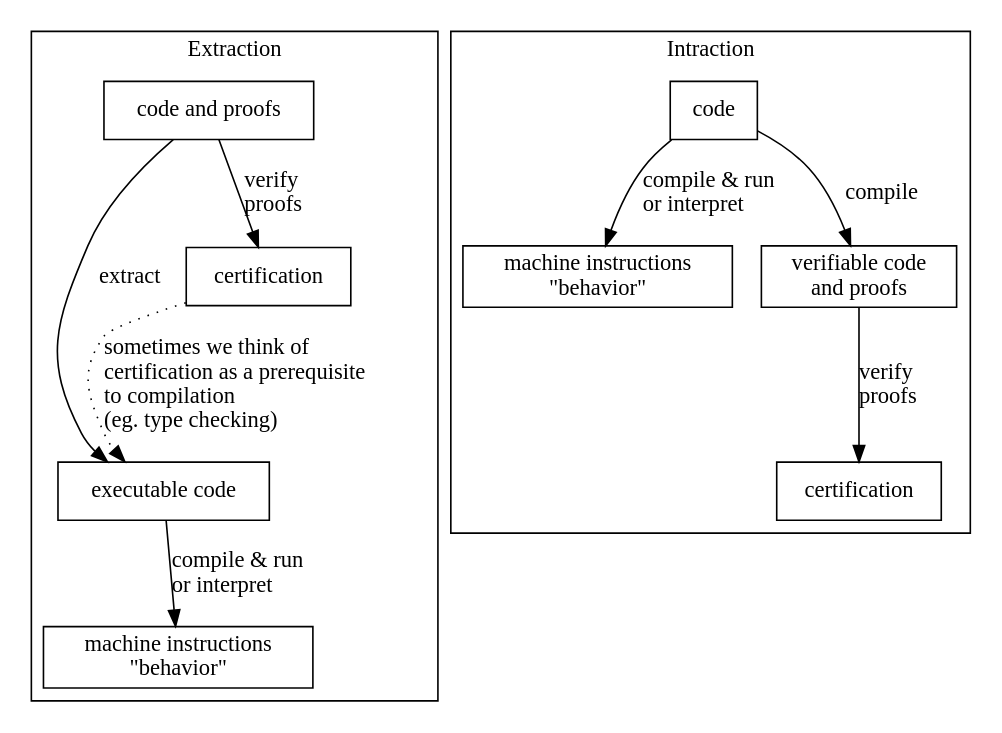
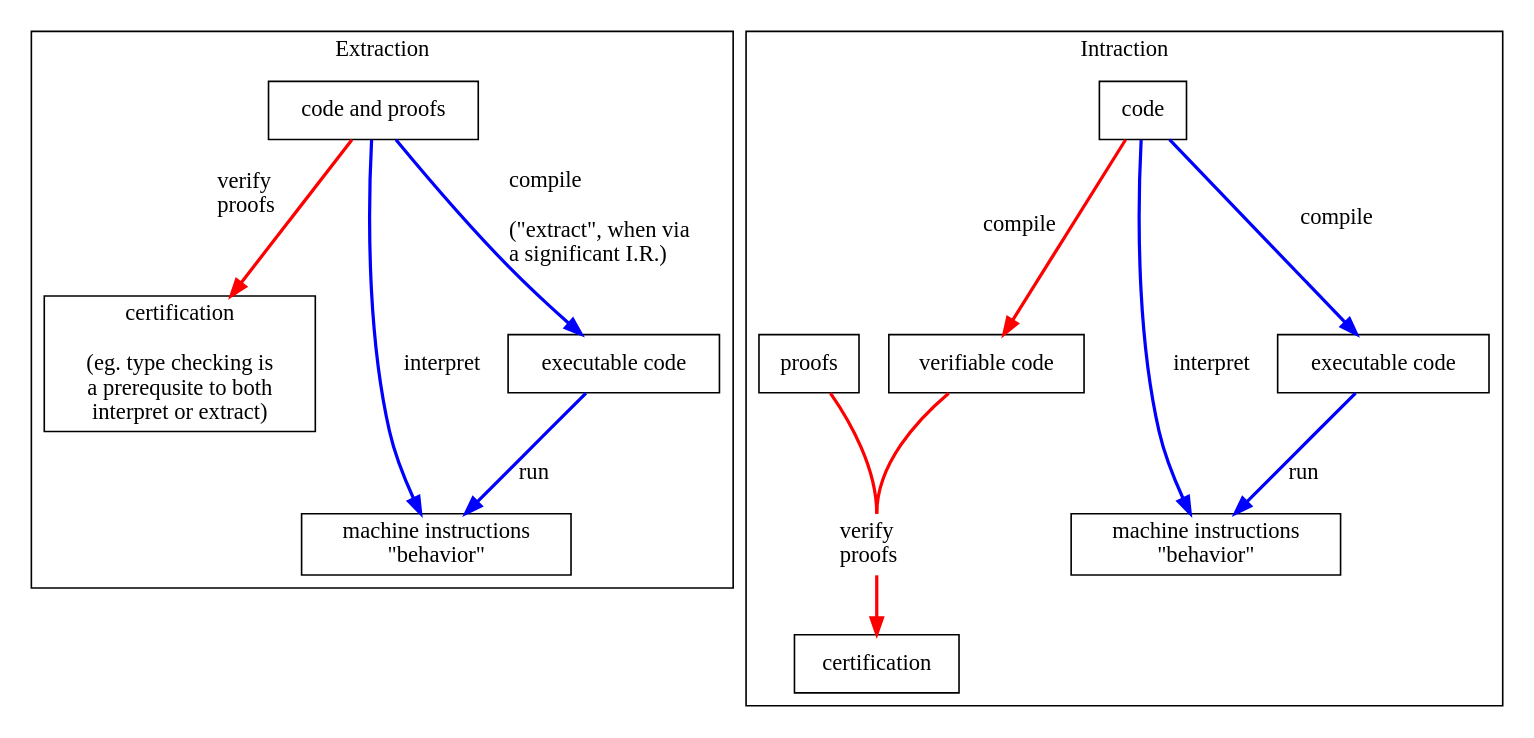
One commit to lsd-ucsc/CASL changed the diagram in extraction-intraction.dot. Above: the diagram before and after it, drawn with Graphviz.

Commit message:
make the compile&run/interpret sides identical and emphasize only the verification differences

```diff
--- a/extraction-intraction.dot
+++ b/extraction-intraction.dot
@@ -1,24 +1,32 @@
 digraph G {
     node [shape=box];
     subgraph cluster0 {
         label="Extraction";
+        certA [label="certification\n\n(eg. type checking is\na prerequsite to both\ninterpret or extract)"];
+
         srcA [label="code and proofs"];
+        dstA [label="machine instructions\n\"behavior\""];
+        srcA -> dstA [color=blue,penwidth=2,label="interpret"];
         exeA [label="executable code"];
-        srcA -> exeA [label="extract"];
-        dstA [label="machine instructions\n\"behavior\""];
-        exeA -> dstA [label="compile & run\lor interpret\l"];
-        certA [label="certification"];
-        srcA -> certA [label="verify\lproofs\l"];
-        certA -> exeA [weight=0,style=dotted,label="sometimes we think of\lcertification as a prerequisite\lto compilation\l(eg. type checking)\l"];
+        srcA -> exeA [color=blue,penwidth=2,label="compile\l\l(\"extract\", when via\l a significant I.R.)\l"];
+        exeA -> dstA [color=blue,penwidth=2,label="run"];
+        srcA -> certA [color=red,penwidth=2,xlabel="verify\lproofs\l"];
     }
     subgraph cluster1 {
         label="Intraction";
         srcB [label="code"];
         dstB [label="machine instructions\n\"behavior\""];
-        srcB -> dstB [label="compile & run\lor interpret\l"];
-        srcB2 [label="verifiable code\nand proofs"];
-        srcB -> srcB2 [label="compile"];
+        srcB -> dstB [color=blue,penwidth=2,label="interpret"];
+        exeB [label="executable code"];
+        srcB -> exeB [color=blue,penwidth=2,label="compile"];
+        exeB -> dstB [color=blue,penwidth=2,label="run"];
+        srcB2 [label="verifiable code"];
+        srcB -> srcB2 [color=red,penwidth=2,xlabel="compile"];
         certB [label="certification"];
-        srcB2 -> certB [label="verify\lproofs\l"];
+        srcB2 -> verif:n [color=red,penwidth=2,arrowhead=none];
+        proof [label="proofs"];
+        proof -> verif:n [color=red,penwidth=2,arrowhead=none];
+        verif [shape=none,label="verify\lproofs\l"];
+        verif -> certB [color=red,penwidth=2];
     }
 }
```
